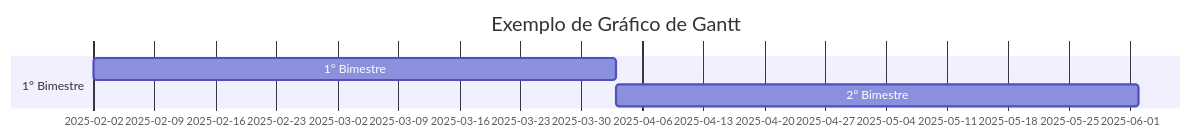
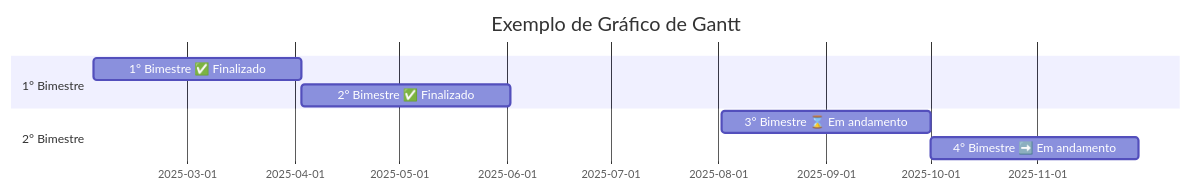
One commit to erlonviana/grafico_de_gantt changed the third of 3 diagrams in README.md. Above: the diagram before and after it, drawn with Mermaid.

````diff
--- a/README.md
+++ b/README.md
@@ -19,10 +19,12 @@
 ```mermaid
 gantt
   title Exemplo de Gráfico de Gantt
   dateFormat YYYY-MM-DD
   section 1° Bimestre
-  1° Bimestre :a1, 2025-02-02, 60d
-  2° Bimestre :a2, after a1, 60d
+  1° Bimestre ✅ Finalizado : a1, 2025-02-02, 60d
+  2° Bimestre ✅ Finalizado : a2, after a1, 60d
   section 2° Bimestre
+  3° Bimestre ⌛ Em andamento:a3, 2025-08-02, 60d
+  4° Bimestre ➡️ Em andamento:a4, after a3, 60d
   
 ```
````
